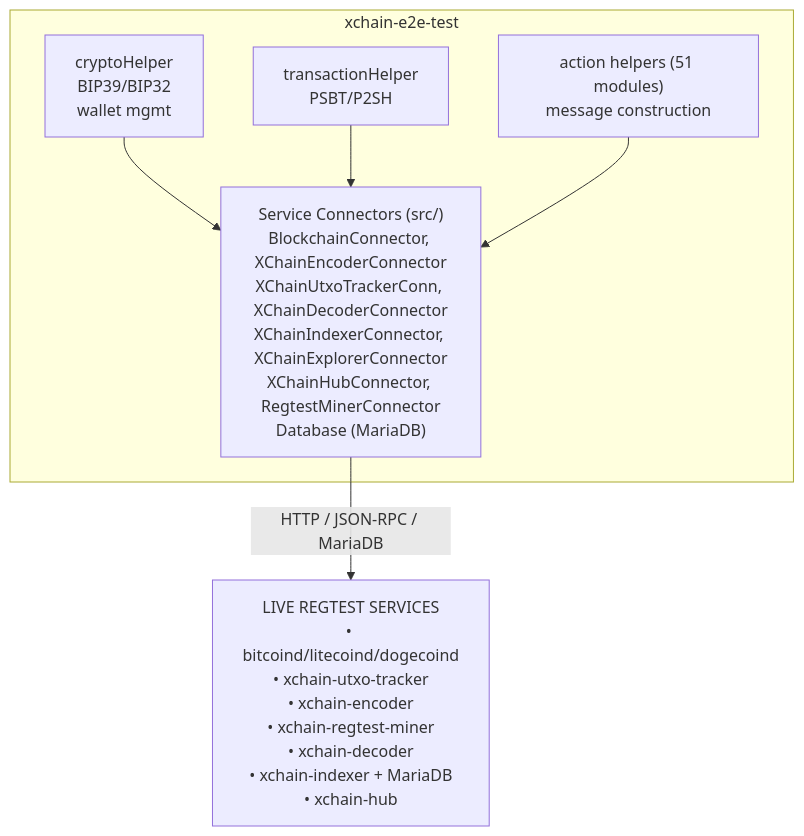
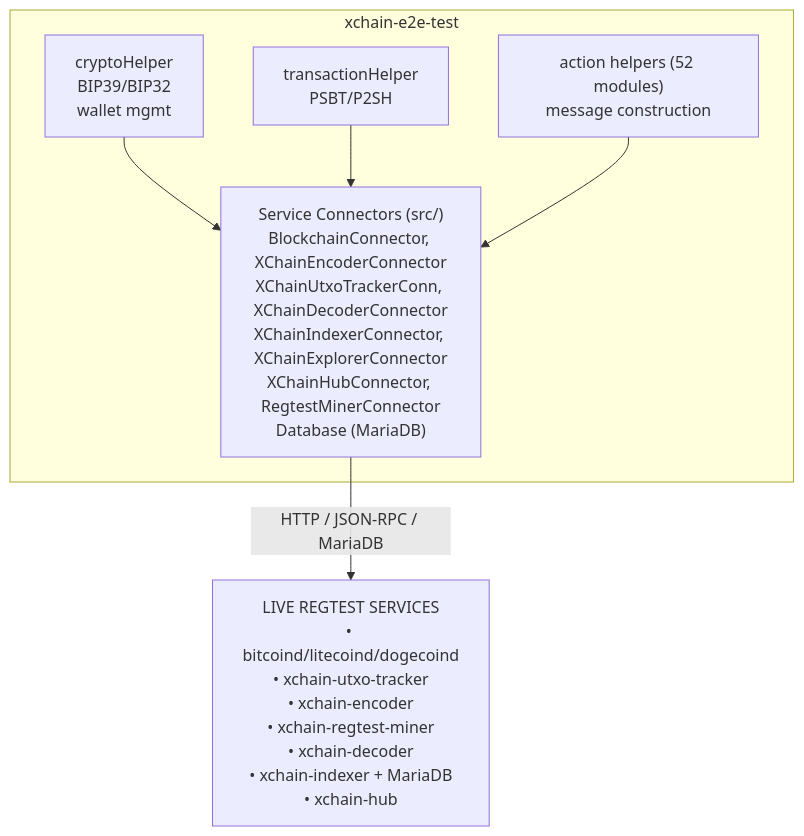
The second of 2 diagrams in components/e2e-test/README.md (XChain-Platform/xchain-documentation), drawn with Mermaid before and after one commit. The commit also changed 1 other file, not shown here.

Commit message:
components(e2e-test): recount the helper modules now that the attest mirror venue has one
The tree carries 52 helper modules; both component pages published 51.

````diff
--- a/components/e2e-test/README.md
+++ b/components/e2e-test/README.md
@@ -65,14 +65,14 @@
 ```mermaid
 flowchart TD
     subgraph E2E["xchain-e2e-test"]
         CH["cryptoHelper<br>BIP39/BIP32<br>wallet mgmt"]
         TH["transactionHelper<br>PSBT/P2SH"]
-        AH["action helpers (51 modules)<br>message construction"]
+        AH["action helpers (52 modules)<br>message construction"]
         SC["Service Connectors (src/)<br>BlockchainConnector, XChainEncoderConnector<br>XChainUtxoTrackerConn, XChainDecoderConnector<br>XChainIndexerConnector, XChainExplorerConnector<br>XChainHubConnector, RegtestMinerConnector<br>Database (MariaDB)"]
         CH --> SC
         TH --> SC
         AH --> SC
     end
     SVC["LIVE REGTEST SERVICES<br>• bitcoind/litecoind/dogecoind<br>• xchain-utxo-tracker<br>• xchain-encoder<br>• xchain-regtest-miner<br>• xchain-decoder<br>• xchain-indexer + MariaDB<br>• xchain-hub"]
     SC -->|HTTP / JSON-RPC / MariaDB| SVC
 ```
````
